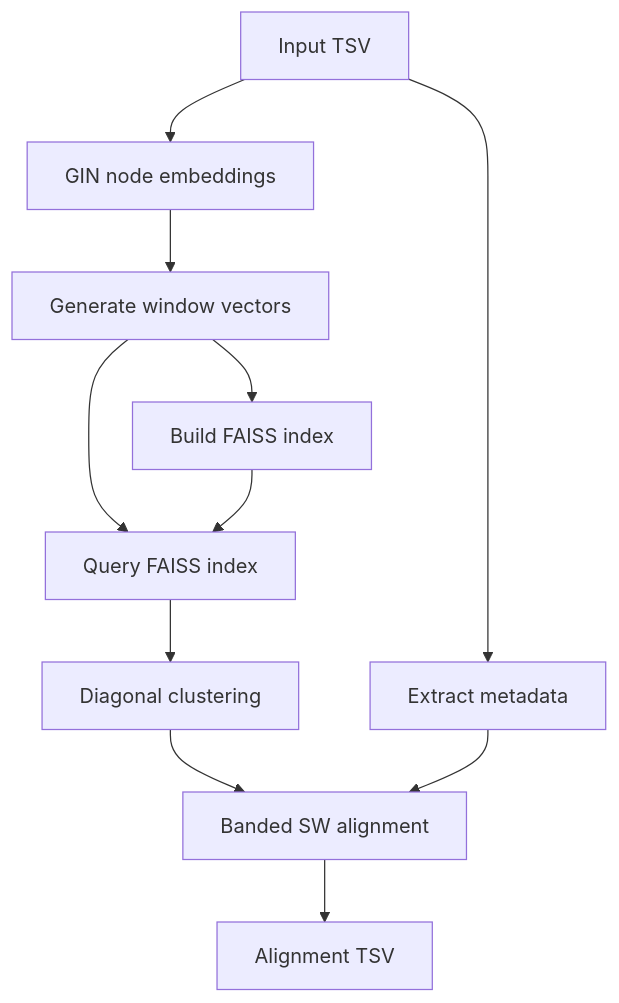
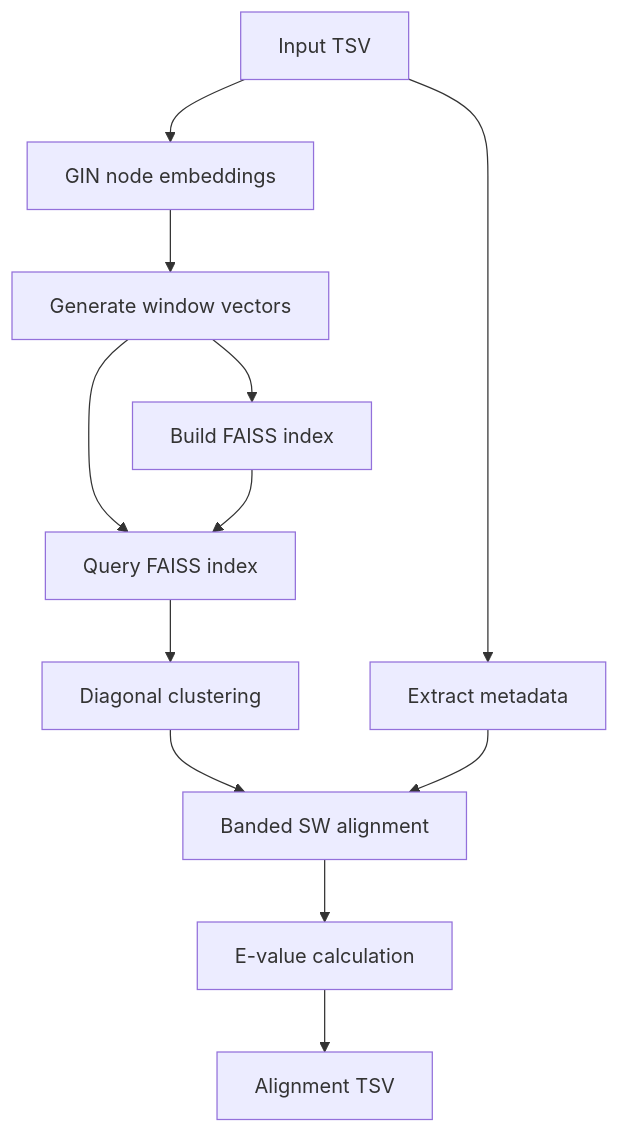
The diagram in README.md (nicoaira/GINflow), drawn with Mermaid before and after one commit. The commit also changed other lines of this file and 13 other files, not shown here.

Commit message:
add E-value statistic calculation

````diff
--- a/README.md
+++ b/README.md
@@ -27,13 +28,14 @@
 ```mermaid
 graph TD
     A[Input TSV] --> B[Extract metadata]
     A --> C[GIN node embeddings]
     C --> D[Generate window vectors]
     D --> E[Build FAISS index]
     D --> F[Query FAISS index]
     E --> F
     F --> G[Diagonal clustering]
     G --> H[Banded SW alignment]
-    H --> I[Alignment TSV]
+    H --> J[E-value calculation]
+    J --> I[Alignment TSV]
     B --> H
 ```
````
